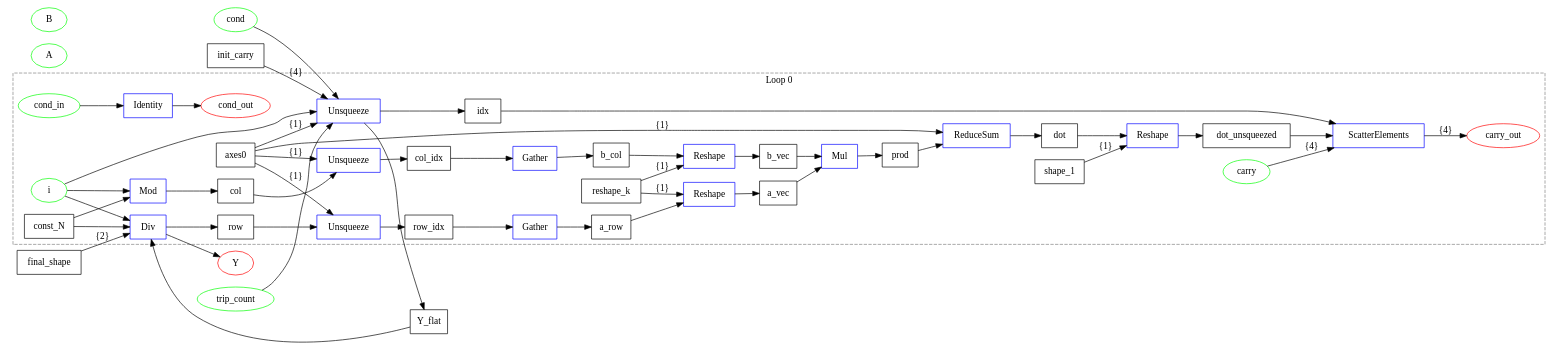
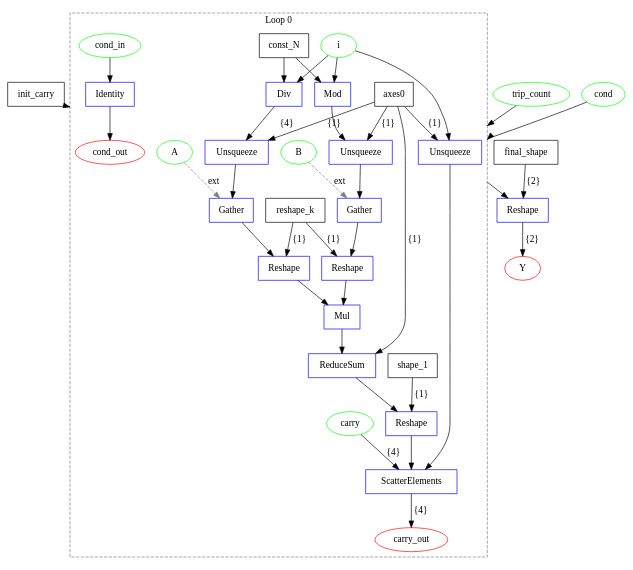
Before and after one commit to specs-feup/onnx-flow: the diagram in examples/onnx/matmul_decomposed.dot, drawn with Graphviz. The commit also changed 3 other files, not shown here.

```diff
--- a/examples/onnx/matmul_decomposed.dot
+++ b/examples/onnx/matmul_decomposed.dot
@@ -1,102 +1,77 @@
 digraph {
-  graph [rankdir=LR compound=true];
+  graph [compound=true];
   init_carry [label=init_carry shape=box];
   final_shape [label=final_shape shape=box];
   A [label=A shape=ellipse color="#00FF00"];
   B [label=B shape=ellipse color="#00FF00"];
   trip_count [label=trip_count shape=ellipse color="#00FF00"];
   cond [label=cond shape=ellipse color="#00FF00"];
   Y [label=Y shape=ellipse color="#FF0000"];
-  0 [label=Loop shape=box color="#0000FF"];
-  Y_flat [label=Y_flat shape=box];
-  1 [label=Reshape shape=box color="#0000FF"];
-  trip_count -> 0 [label=""];
-  cond -> 0 [label=""];
-  init_carry -> 0 [label="{4}"];
-  0 -> Y_flat [label=""];
-  Y_flat -> 1 [label=""];
-  final_shape -> 1 [label="{2}"];
-  1 -> Y [label=""];
   subgraph cluster_loop_0 {
     graph [rankdir=LR compound=true];
-    const_N [label=const_N shape=box];
-    axes0 [label=axes0 shape=box];
-    shape_1 [label=shape_1 shape=box];
-    reshape_k [label=reshape_k shape=box];
-    i [label=i shape=ellipse color="#00FF00"];
-    cond_in [label=cond_in shape=ellipse color="#00FF00"];
-    carry [label=carry shape=ellipse color="#00FF00"];
-    cond_out [label=cond_out shape=ellipse color="#FF0000"];
-    carry_out [label=carry_out shape=ellipse color="#FF0000"];
-    0 [label=Unsqueeze shape=box color="#0000FF"];
-    idx [label=idx shape=box];
-    1 [label=Div shape=box color="#0000FF"];
-    row [label=row shape=box];
-    2 [label=Mod shape=box color="#0000FF"];
-    col [label=col shape=box];
-    3 [label=Unsqueeze shape=box color="#0000FF"];
-    row_idx [label=row_idx shape=box];
-    4 [label=Unsqueeze shape=box color="#0000FF"];
-    col_idx [label=col_idx shape=box];
-    5 [label=Gather shape=box color="#0000FF"];
-    a_row [label=a_row shape=box];
-    6 [label=Reshape shape=box color="#0000FF"];
-    a_vec [label=a_vec shape=box];
-    7 [label=Gather shape=box color="#0000FF"];
-    b_col [label=b_col shape=box];
-    8 [label=Reshape shape=box color="#0000FF"];
-    b_vec [label=b_vec shape=box];
-    9 [label=Mul shape=box color="#0000FF"];
-    prod [label=prod shape=box];
-    10 [label=ReduceSum shape=box color="#0000FF"];
-    dot [label=dot shape=box];
-    11 [label=Reshape shape=box color="#0000FF"];
-    dot_unsqueezed [label=dot_unsqueezed shape=box];
-    12 [label=ScatterElements shape=box color="#0000FF"];
-    13 [label=Identity shape=box color="#0000FF"];
-    i -> 0 [label=""];
-    axes0 -> 0 [label="{1}"];
-    0 -> idx [label=""];
-    i -> 1 [label=""];
-    const_N -> 1 [label=""];
-    1 -> row [label=""];
-    i -> 2 [label=""];
-    const_N -> 2 [label=""];
-    2 -> col [label=""];
-    row -> 3 [label=""];
-    axes0 -> 3 [label="{1}"];
-    3 -> row_idx [label=""];
-    col -> 4 [label=""];
-    axes0 -> 4 [label="{1}"];
-    4 -> col_idx [label=""];
-    row_idx -> 5 [label=""];
-    5 -> a_row [label=""];
-    a_row -> 6 [label=""];
-    reshape_k -> 6 [label="{1}"];
-    6 -> a_vec [label=""];
-    col_idx -> 7 [label=""];
-    7 -> b_col [label=""];
-    b_col -> 8 [label=""];
-    reshape_k -> 8 [label="{1}"];
-    8 -> b_vec [label=""];
-    a_vec -> 9 [label=""];
-    b_vec -> 9 [label=""];
-    9 -> prod [label=""];
-    prod -> 10 [label=""];
-    axes0 -> 10 [label="{1}"];
-    10 -> dot [label=""];
-    dot -> 11 [label=""];
-    shape_1 -> 11 [label="{1}"];
-    11 -> dot_unsqueezed [label=""];
-    carry -> 12 [label="{4}"];
-    idx -> 12 [label=""];
-    dot_unsqueezed -> 12 [label=""];
-    12 -> carry_out [label="{4}"];
-    cond_in -> 13 [label=""];
-    13 -> cond_out [label=""];
+    loop0_const_N [label=const_N shape=box];
+    loop0_axes0 [label=axes0 shape=box];
+    loop0_shape_1 [label=shape_1 shape=box];
+    loop0_reshape_k [label=reshape_k shape=box];
+    loop0_i [label=i shape=ellipse color="#00FF00"];
+    loop0_cond_in [label=cond_in shape=ellipse color="#00FF00"];
+    loop0_carry [label=carry shape=ellipse color="#00FF00"];
+    loop0_cond_out [label=cond_out shape=ellipse color="#FF0000"];
+    loop0_carry_out [label=carry_out shape=ellipse color="#FF0000"];
+    loop0_0 [label=Unsqueeze shape=box color="#0000FF"];
+    loop0_0 -> loop0_12 [label=""];
+    loop0_1 [label=Div shape=box color="#0000FF"];
+    loop0_1 -> loop0_3 [label=""];
+    loop0_2 [label=Mod shape=box color="#0000FF"];
+    loop0_2 -> loop0_4 [label=""];
+    loop0_3 [label=Unsqueeze shape=box color="#0000FF"];
+    loop0_3 -> loop0_5 [label=""];
+    loop0_4 [label=Unsqueeze shape=box color="#0000FF"];
+    loop0_4 -> loop0_7 [label=""];
+    loop0_5 [label=Gather shape=box color="#0000FF"];
+    loop0_5 -> loop0_6 [label=""];
+    loop0_6 [label=Reshape shape=box color="#0000FF"];
+    loop0_6 -> loop0_9 [label=""];
+    loop0_7 [label=Gather shape=box color="#0000FF"];
+    loop0_7 -> loop0_8 [label=""];
+    loop0_8 [label=Reshape shape=box color="#0000FF"];
+    loop0_8 -> loop0_9 [label=""];
+    loop0_9 [label=Mul shape=box color="#0000FF"];
+    loop0_9 -> loop0_10 [label=""];
+    loop0_10 [label=ReduceSum shape=box color="#0000FF"];
+    loop0_10 -> loop0_11 [label=""];
+    loop0_11 [label=Reshape shape=box color="#0000FF"];
+    loop0_11 -> loop0_12 [label=""];
+    loop0_12 [label=ScatterElements shape=box color="#0000FF"];
+    loop0_13 [label=Identity shape=box color="#0000FF"];
+    loop0_i -> loop0_0 [label=""];
+    loop0_axes0 -> loop0_0 [label="{1}"];
+    loop0_i -> loop0_1 [label=""];
+    loop0_const_N -> loop0_1 [label=""];
+    loop0_i -> loop0_2 [label=""];
+    loop0_const_N -> loop0_2 [label=""];
+    loop0_axes0 -> loop0_3 [label="{1}"];
+    loop0_axes0 -> loop0_4 [label="{1}"];
+    loop0_reshape_k -> loop0_6 [label="{1}"];
+    loop0_reshape_k -> loop0_8 [label="{1}"];
+    loop0_axes0 -> loop0_10 [label="{1}"];
+    loop0_shape_1 -> loop0_11 [label="{1}"];
+    loop0_carry -> loop0_12 [label="{4}"];
+    loop0_12 -> loop0_carry_out [label="{4}"];
+    loop0_cond_in -> loop0_13 [label=""];
+    loop0_13 -> loop0_cond_out [label=""];
+    A -> loop0_5 [style=dashed color=gray label=ext];
+    B -> loop0_7 [style=dashed color=gray label=ext];
     graph [label="Loop 0"];
     graph [style=dashed];
     graph [color=gray];
   }
 
+  loop0_0 -> 1 [label="" ltail=cluster_loop_0];
+  1 [label=Reshape shape=box color="#0000FF"];
+  trip_count -> loop0_0 [label="" lhead=cluster_loop_0];
+  cond -> loop0_0 [label="" lhead=cluster_loop_0];
+  init_carry -> loop0_0 [label="{4}" lhead=cluster_loop_0];
+  final_shape -> 1 [label="{2}"];
+  1 -> Y [label="{2}"];
 }
```
